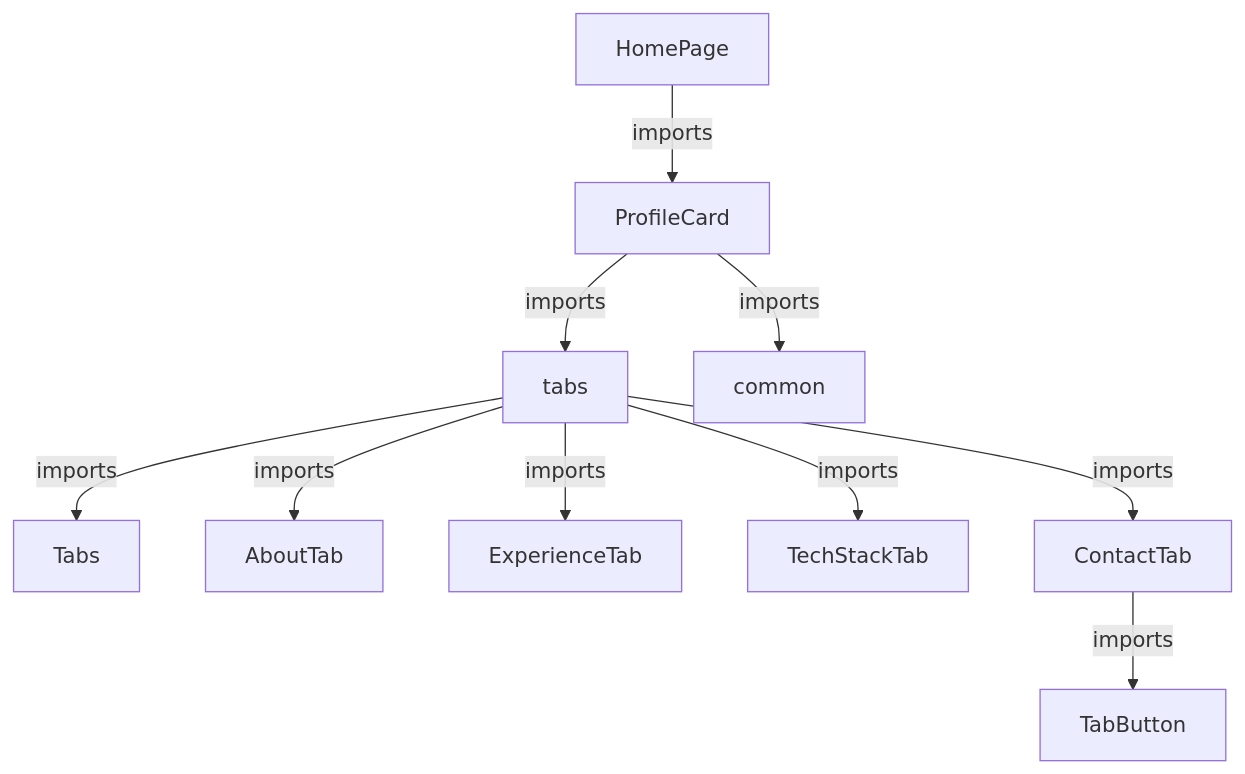
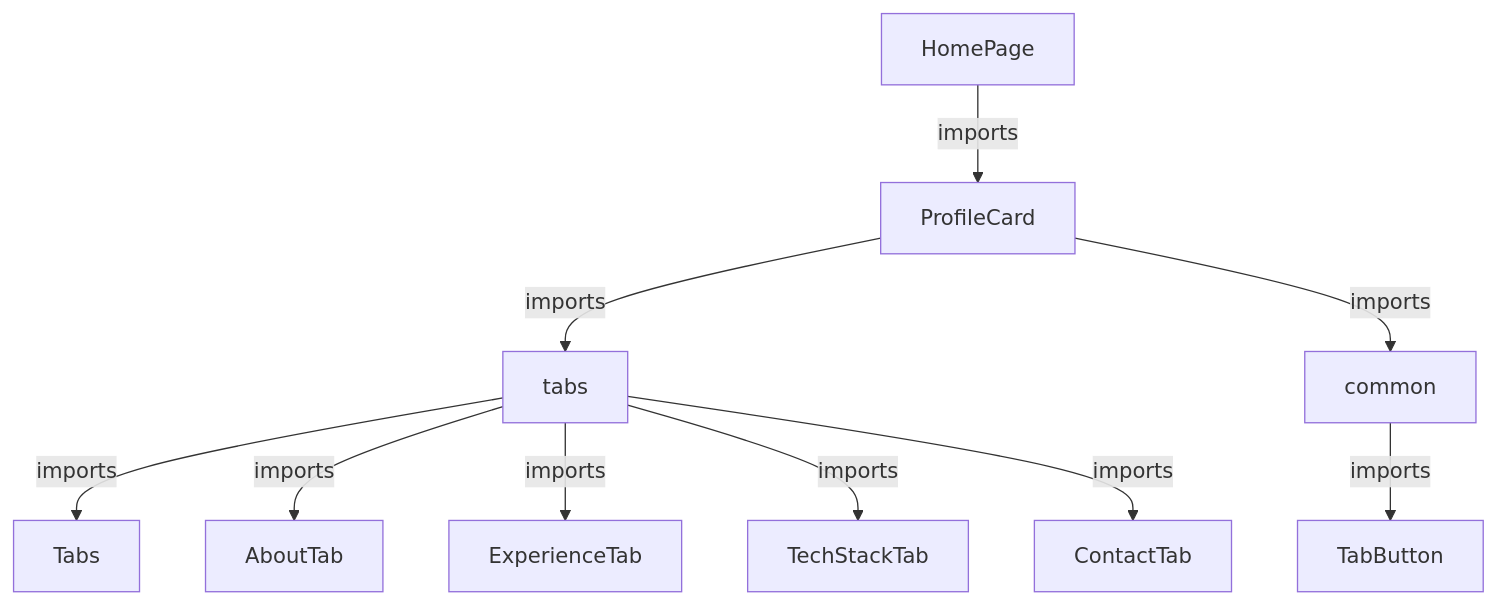
Before and after one commit to Chen-Abudi/my-profile-card: the first of 2 diagrams in README.md, drawn with Mermaid.

````diff
--- a/README.md
+++ b/README.md
@@ -57,14 +57,14 @@
 ```mermaid
 
 flowchart TD
   A[HomePage] -->|imports| B[ProfileCard]
   B -->|imports| C[tabs]
   C -->|imports| D[Tabs]
   C -->|imports| E[AboutTab]
   C -->|imports| F[ExperienceTab]
   C -->|imports| G[TechStackTab]
   C -->|imports| H[ContactTab]
   B -->|imports| I[common]
-  H -->|imports| J[TabButton]
+  I -->|imports| J[TabButton]
 
 ```
````
